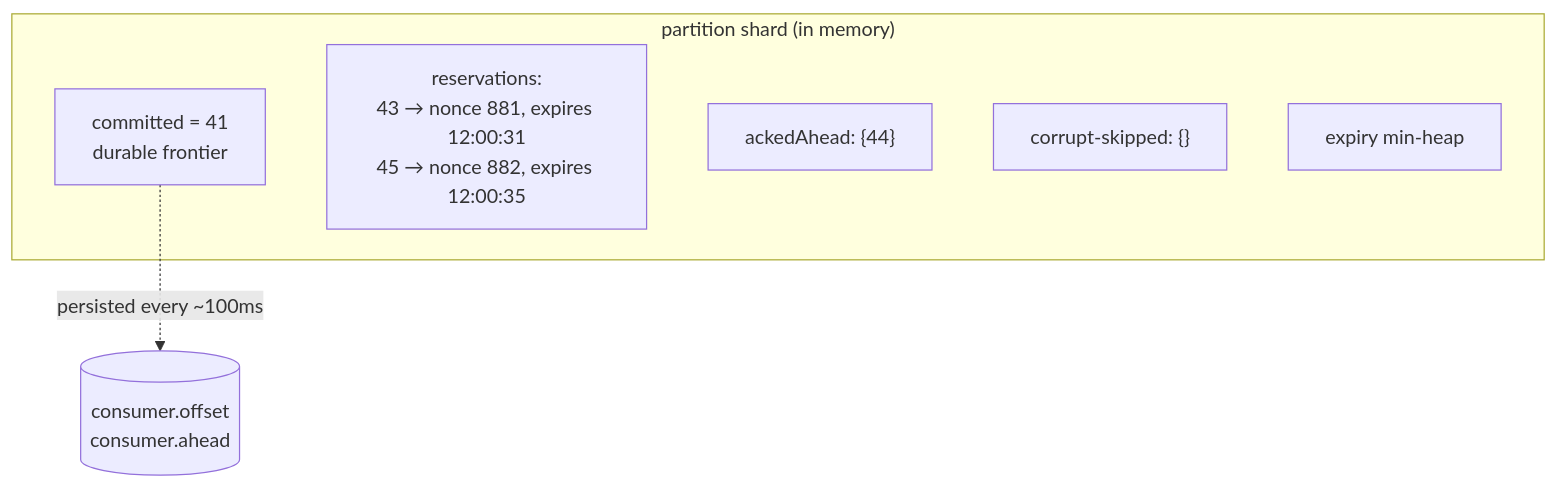
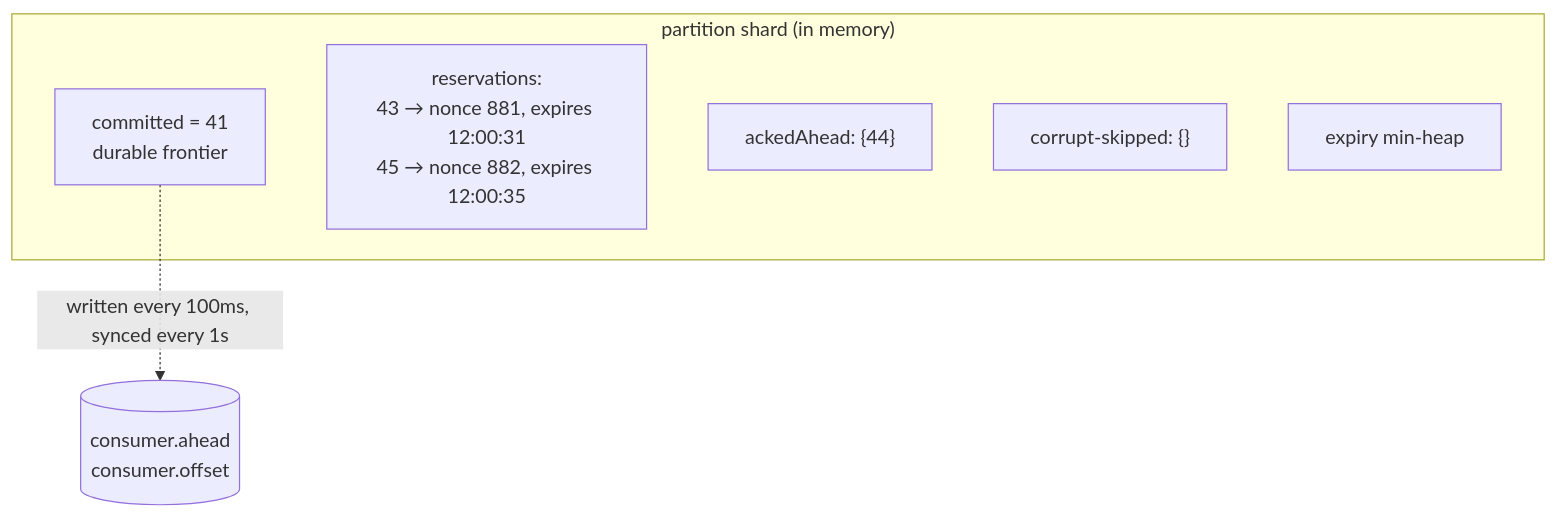
The first of 4 diagrams in docs/internals/consume-path.md (DebanganThakuria/narad), drawn with Mermaid before and after one commit. The commit also changed other lines of this file and 11 other files, not shown here.

````diff
--- a/docs/internals/consume-path.md
+++ b/docs/internals/consume-path.md
@@ -9,11 +9,11 @@
 ```mermaid
 flowchart TB
     subgraph shard["partition shard (in memory)"]
         committed["committed = 41<br/>durable frontier"]
         entries["reservations:<br/>43 → nonce 881, expires 12:00:31<br/>45 → nonce 882, expires 12:00:35"]
         ahead["ackedAhead: {44}"]
         corrupt["corrupt-skipped: {}"]
         heap["expiry min-heap"]
     end
-    committed -.->|"persisted every ~100ms"| file[("consumer.offset<br/>consumer.ahead")]
+    committed -.->|"written every 100ms, synced every 1s"| file[("consumer.ahead<br/>consumer.offset")]
 ```
````
